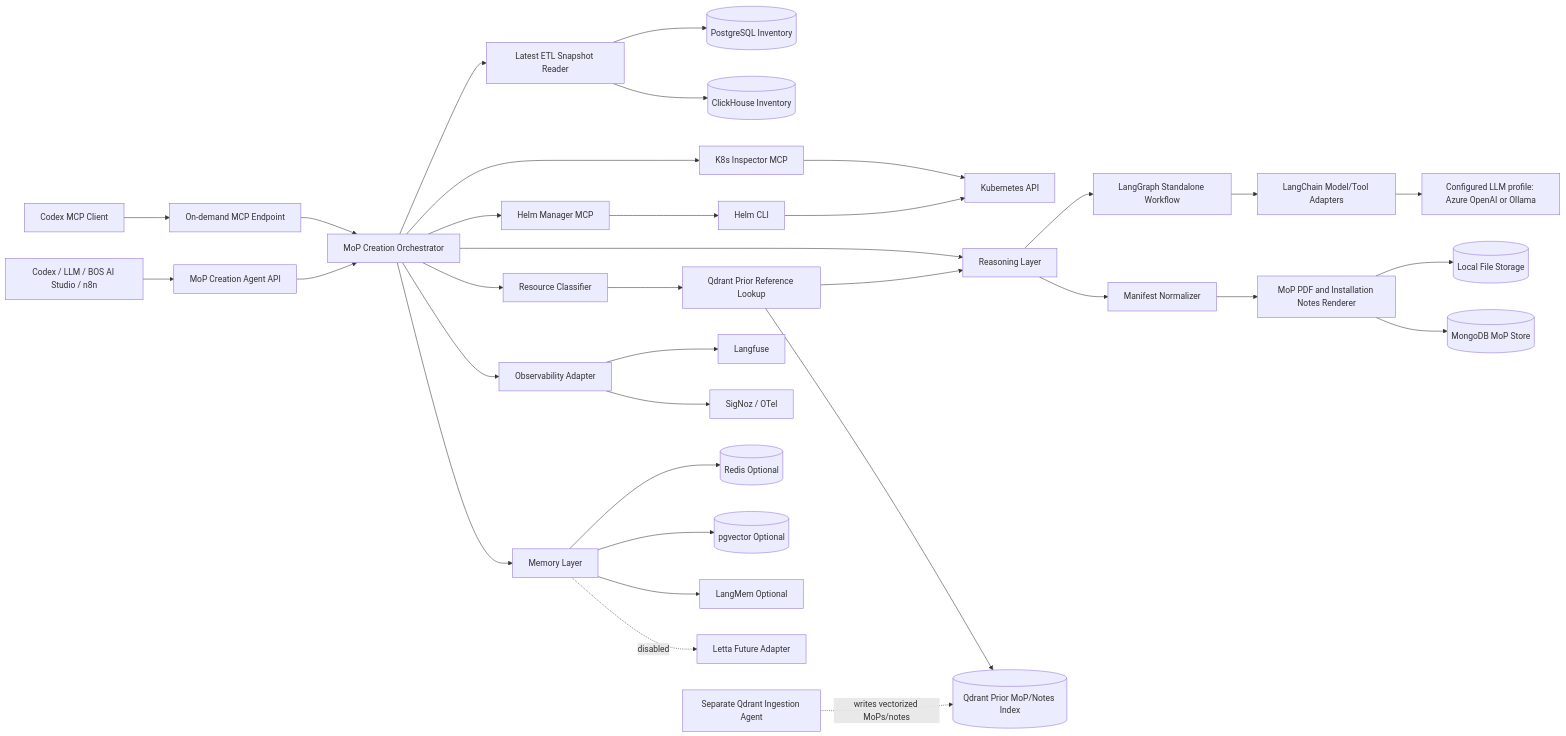
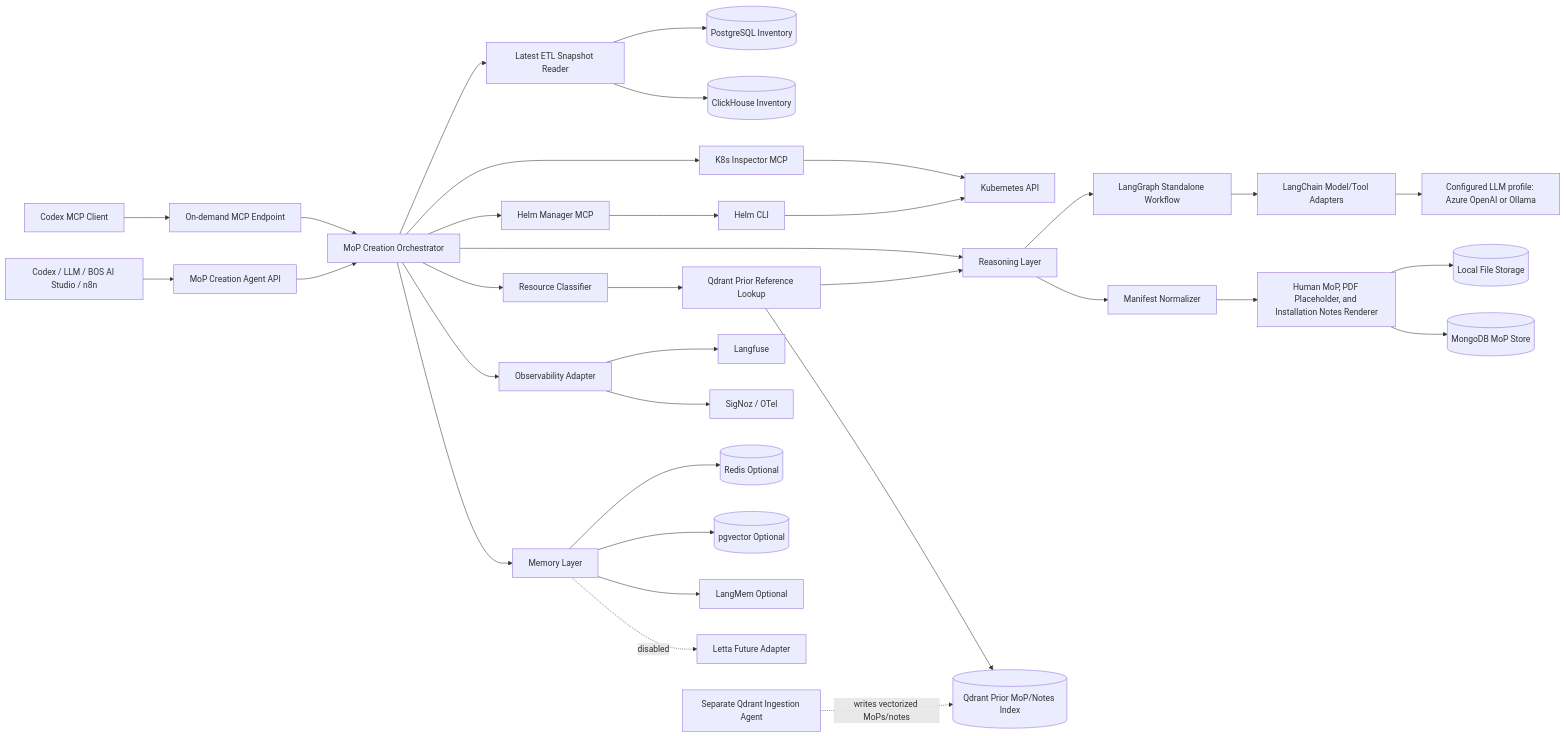
The first of 5 diagrams in docs/02_HLD_MOP_CREATION_AGENT.md (aveeshek/bosgenesis-mop-creation-agent), drawn with Mermaid before and after one commit. The commit also changed other lines of this file and 27 other files, not shown here.

Commit message:
Implement phase 8 markdown installation notes renderer

````diff
--- a/docs/02_HLD_MOP_CREATION_AGENT.md
+++ b/docs/02_HLD_MOP_CREATION_AGENT.md
@@ -16,42 +16,42 @@
 ```mermaid
 flowchart LR
     Caller["Codex / LLM / BOS AI Studio / n8n"] --> API["MoP Creation Agent API"]
     Codex["Codex MCP Client"] --> MCP["On-demand MCP Endpoint"]
     MCP --> Orchestrator["MoP Creation Orchestrator"]
     API --> Orchestrator
 
     Orchestrator --> Snapshot["Latest ETL Snapshot Reader"]
     Snapshot --> PG[("PostgreSQL Inventory")]
     Snapshot --> CH[("ClickHouse Inventory")]
 
     Orchestrator --> K8S["K8s Inspector MCP"]
     Orchestrator --> HELM["Helm Manager MCP"]
     K8S --> KAPI["Kubernetes API"]
     HELM --> HCLI["Helm CLI"]
     HCLI --> KAPI
 
     Orchestrator --> Classifier["Resource Classifier"]
     Orchestrator --> Reasoning["Reasoning Layer"]
     Reasoning --> LangGraph["LangGraph Standalone Workflow"]
     LangGraph --> LangChain["LangChain Model/Tool Adapters"]
     LangChain --> LLM["Configured LLM profile: Azure OpenAI or Ollama"]
     Classifier --> Retrieval["Qdrant Prior Reference Lookup"]
     Retrieval --> Qdrant[("Qdrant Prior MoP/Notes Index")]
     Ingestion["Separate Qdrant Ingestion Agent"] -. "writes vectorized MoPs/notes" .-> Qdrant
     Retrieval --> Reasoning
     Reasoning --> Normalizer["Manifest Normalizer"]
-    Normalizer --> Renderer["MoP PDF and Installation Notes Renderer"]
+    Normalizer --> Renderer["Human MoP, PDF Placeholder, and Installation Notes Renderer"]
 
     Renderer --> Local[("Local File Storage")]
     Renderer --> Mongo[("MongoDB MoP Store")]
 
     Orchestrator --> Obs["Observability Adapter"]
     Obs --> Langfuse["Langfuse"]
     Obs --> SigNoz["SigNoz / OTel"]
 
     Orchestrator --> Memory["Memory Layer"]
     Memory --> Redis[("Redis Optional")]
     Memory --> PGV[("pgvector Optional")]
     Memory --> LangMem["LangMem Optional"]
     Memory -. "disabled" .-> Letta["Letta Future Adapter"]
 ```
````
